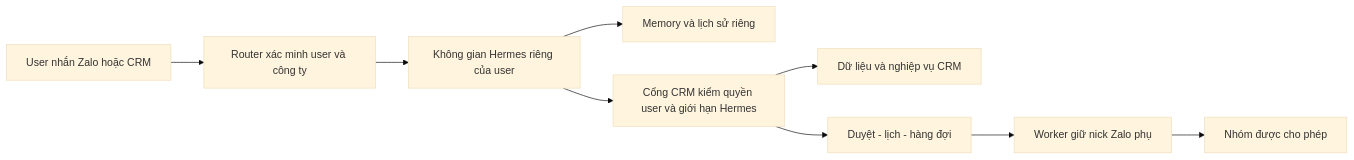
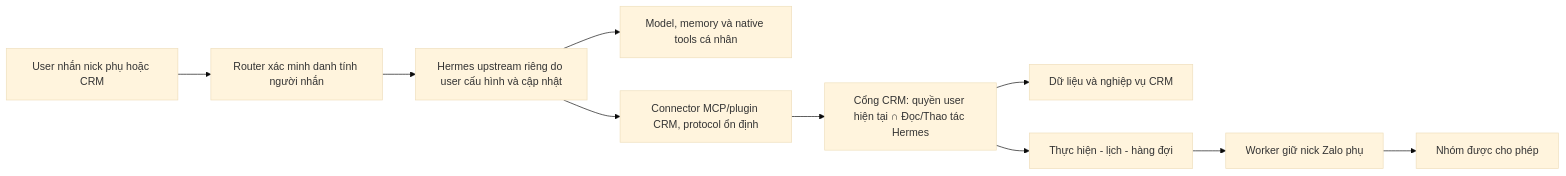
One commit to zxGreenxz/whiteboard-ihomecrm changed the second of 3 diagrams in docs/plans/hermes-crm/PLAN.md. Above: the diagram before and after it, drawn with Mermaid (base theme). The commit also changed other lines of this file and 155 other files, not shown here.

First line of the commit message:
feat(hermes): connect independent assistants through current user permissions

````diff
--- a/docs/plans/hermes-crm/PLAN.md
+++ b/docs/plans/hermes-crm/PLAN.md
@@ -37,11 +66,12 @@
 ```mermaid
 flowchart LR
-  U[User nhắn Zalo hoặc CRM] --> R[Router xác minh user và công ty]
-  R --> H[Không gian Hermes riêng của user]
-  H --> M[Memory và lịch sử riêng]
-  H --> G[Cổng CRM kiểm quyền user và giới hạn Hermes]
+  U[User nhắn nick phụ hoặc CRM] --> R[Router xác minh danh tính người nhắn]
+  R --> H[Hermes upstream riêng do user cấu hình và cập nhật]
+  H --> M[Model, memory và native tools cá nhân]
+  H --> C[Connector MCP/plugin CRM, protocol ổn định]
+  C --> G[Cổng CRM: quyền user hiện tại ∩ Đọc/Thao tác Hermes]
   G --> D[Dữ liệu và nghiệp vụ CRM]
-  G --> Q[Duyệt - lịch - hàng đợi]
+  G --> Q[Thực hiện - lịch - hàng đợi]
   Q --> W[Worker giữ nick Zalo phụ]
   W --> Z[Nhóm được cho phép]
 ```
````
